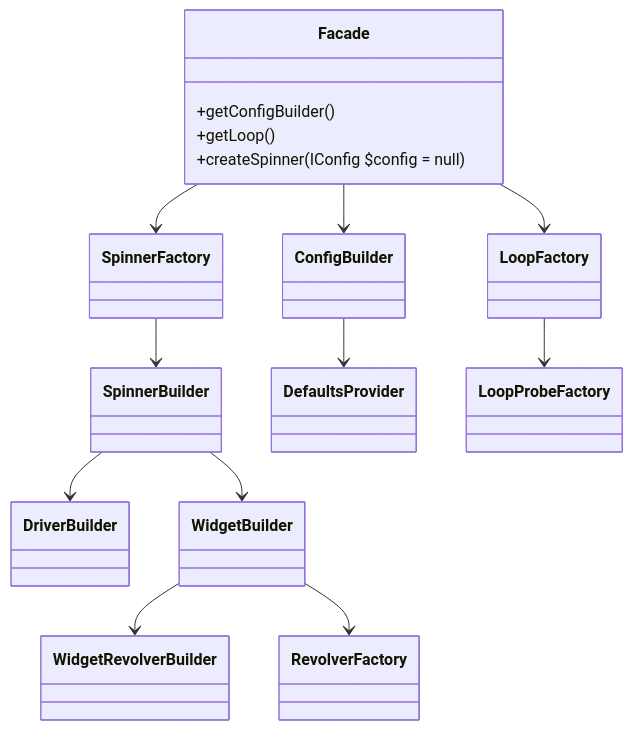
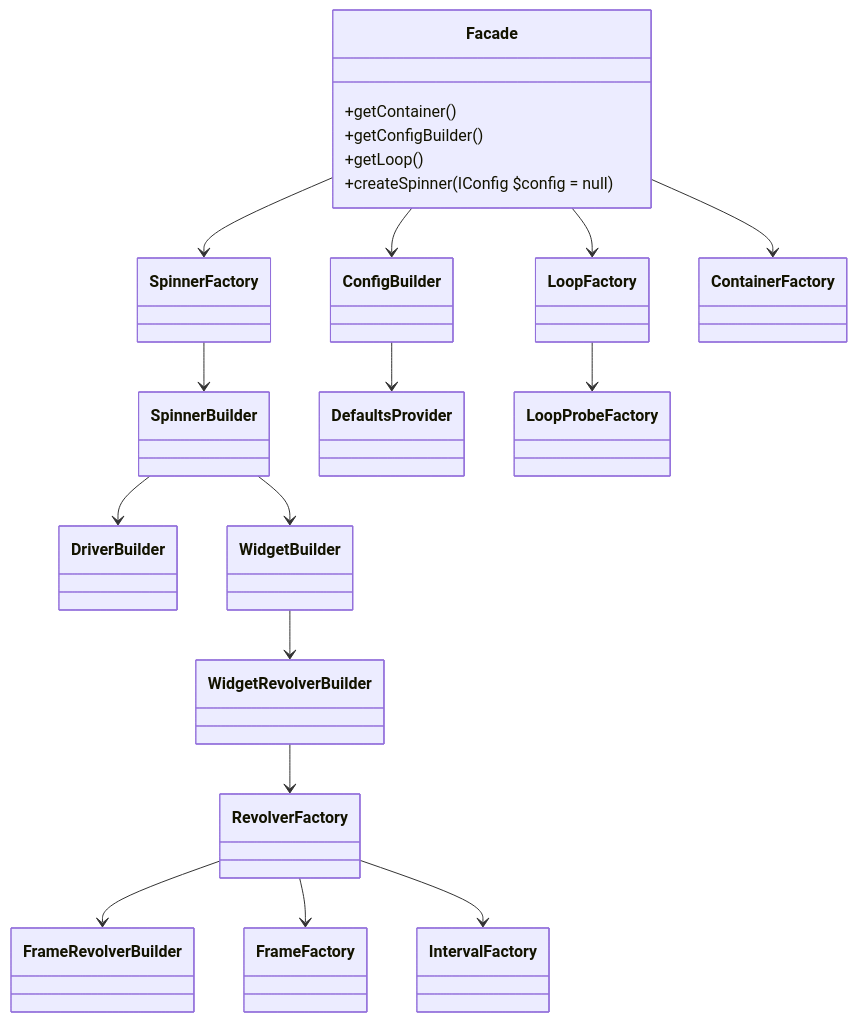
The diagram in doc/info/hierarchy/services.md (alecrabbit/php-console-spinner), drawn with Mermaid before and after one commit. The commit also changed 14 other files, not shown here.

````diff
--- a/doc/info/hierarchy/services.md
+++ b/doc/info/hierarchy/services.md
@@ -3,25 +3,32 @@
 ```mermaid
 classDiagram
     direction TB
     Facade --> SpinnerFactory
     Facade --> ConfigBuilder
     Facade --> LoopFactory
+    Facade --> ContainerFactory
     class Facade{
+        +getContainer()
         +getConfigBuilder()
         +getLoop()
         +createSpinner(IConfig $config = null)
     }
     
     SpinnerFactory --> SpinnerBuilder
 
     ConfigBuilder --> DefaultsProvider
 
     LoopFactory --> LoopProbeFactory
     
     SpinnerBuilder --> DriverBuilder
     SpinnerBuilder --> WidgetBuilder
     
     WidgetBuilder --> WidgetRevolverBuilder
-    WidgetBuilder --> RevolverFactory
     
+    WidgetRevolverBuilder --> RevolverFactory
+    
+    RevolverFactory --> FrameRevolverBuilder
+    RevolverFactory --> FrameFactory
+    RevolverFactory --> IntervalFactory
+
 ```
````
